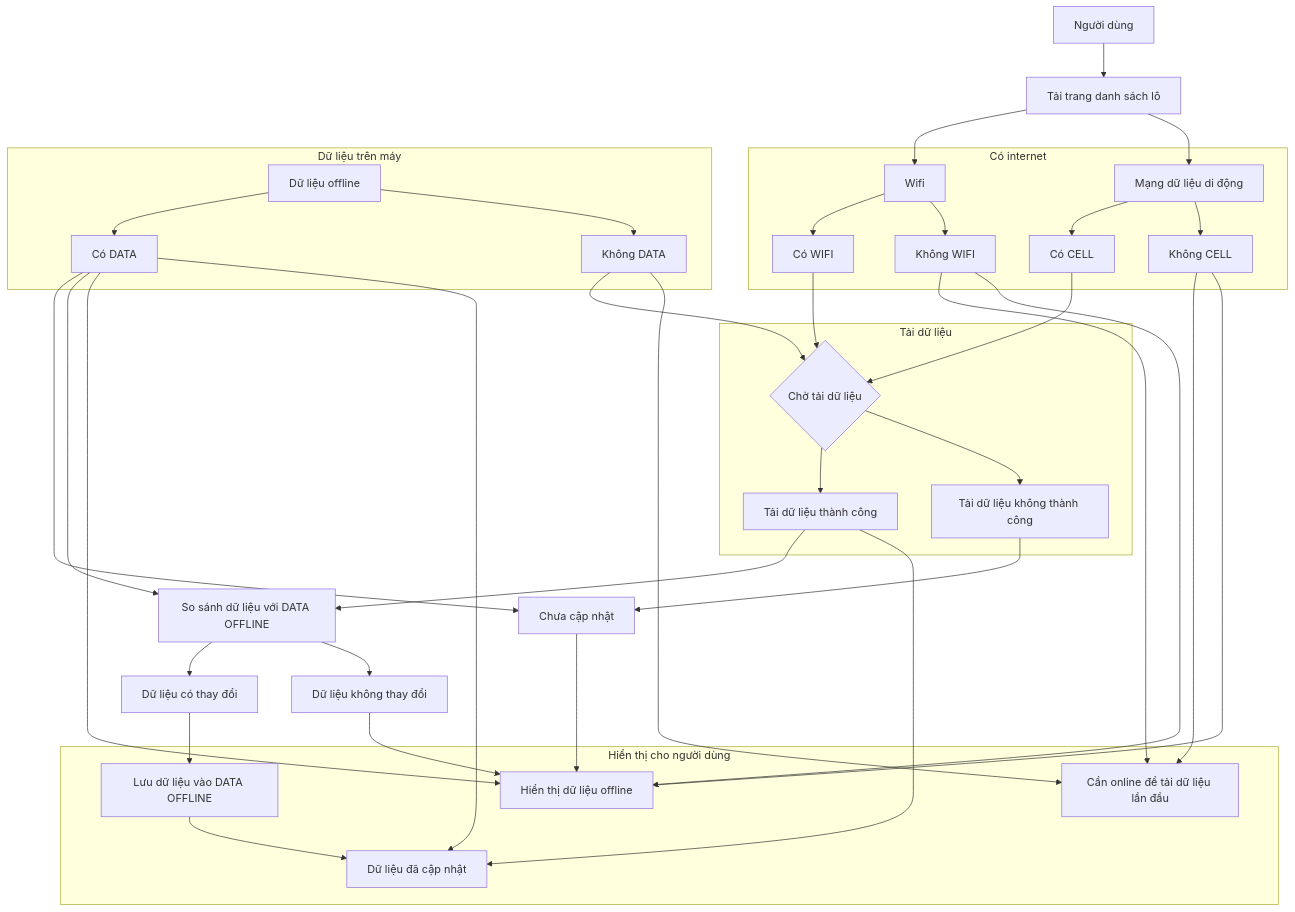
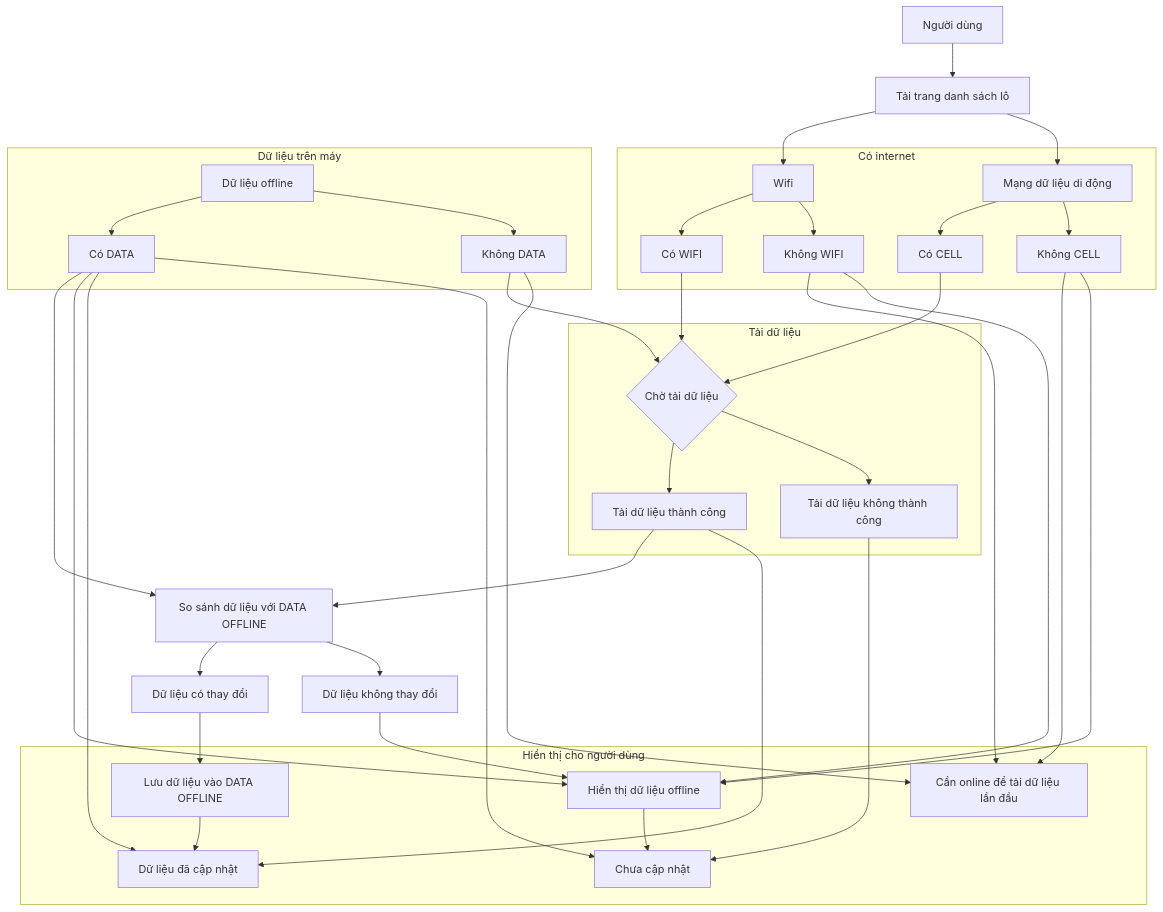
One commit to trethanhphat/tre-thanh-phat-pwa-docs changed the diagram in docs/batches-flow.md. Above: the diagram before and after it, drawn with Mermaid.

````diff
--- a/docs/batches-flow.md
+++ b/docs/batches-flow.md
@@ -55,10 +55,7 @@
 end
 
 
-FAIL["Chưa cập nhật"]
-DATA-Y --> FAIL
-FETCH-N --> FAIL
-FAIL --> OFFLINE
+
 
 COMPARE["So sánh dữ liệu với DATA OFFLINE"]
 
@@ -94,7 +91,11 @@
 SUCCESS["Dữ liệu đã cập nhật"]
     DATA-Y --> SUCCESS
     FETCH-Y --> SUCCESS
+    SAVE --> SUCCESS
 
-    SAVE --> SUCCESS
+FAIL["Chưa cập nhật"]
+    DATA-Y --> FAIL
+    FETCH-N --> FAIL
+    OFFLINE --> FAIL
 end
 ```
````
